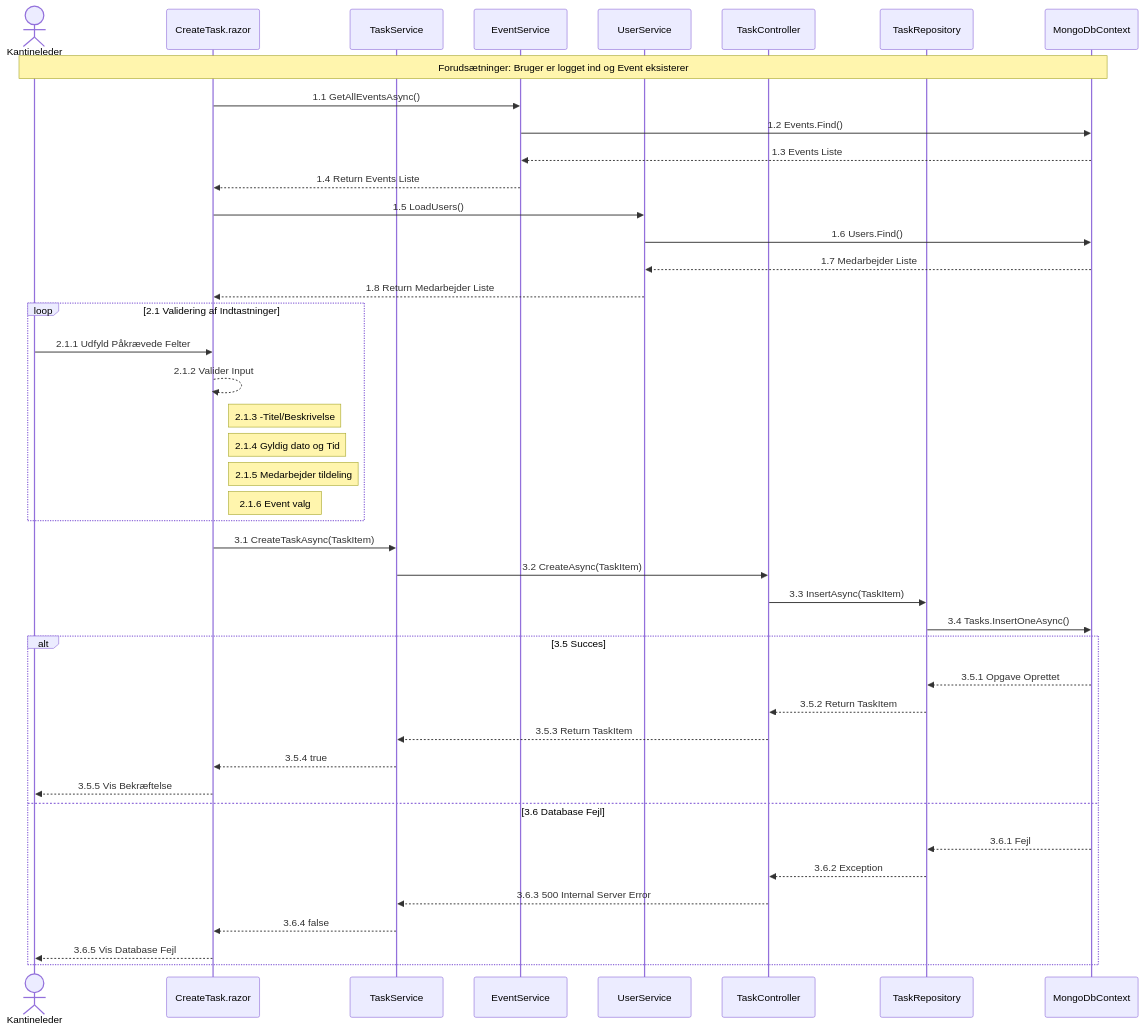
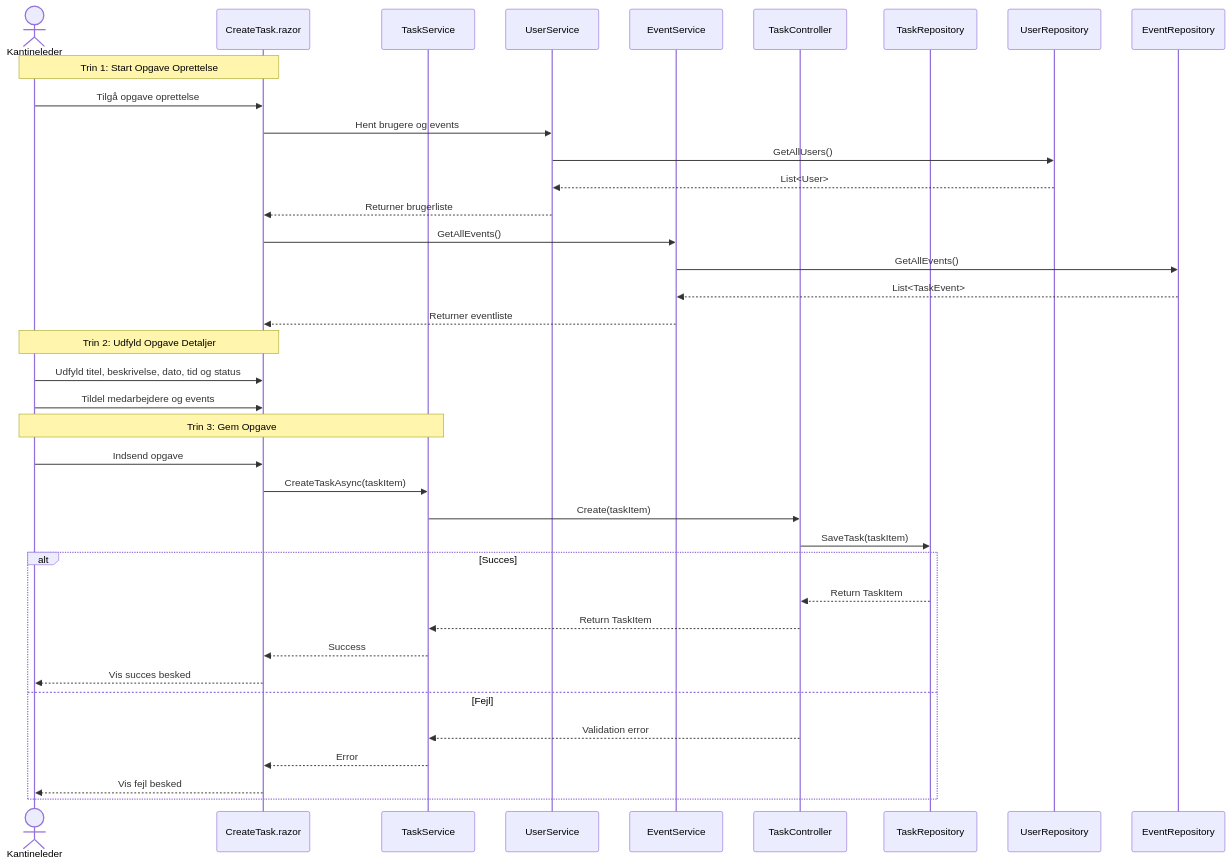
Before and after one commit to masterspliff/MadMatrix: the diagram in docs/diagrams/task-creation-sequence.mmd, drawn with Mermaid. The commit also changed 13 other files, not shown here.

```diff
--- a/docs/diagrams/task-creation-sequence.mmd
+++ b/docs/diagrams/task-creation-sequence.mmd
@@ -1,54 +1,45 @@
+sequenceDiagram
+    actor Kantineleder
+    participant UI as CreateTask.razor
+    participant TaskService
+    participant UserService
+    participant EventService
+    participant TaskController
+    participant TaskRepository
+    participant UserRepository
+    participant EventRepository
 
-sequenceDiagram
-    actor KL as Kantineleder
-    participant CT as CreateTask.razor
-    participant TS as TaskService
-    participant ES as EventService
-    participant US as UserService
-    participant TC as TaskController
-    participant TR as TaskRepository
-    participant DB as MongoDbContext
+    %% Trin 1: Start Opgave Oprettelse
+    Note over Kantineleder, UI: Trin 1: Start Opgave Oprettelse
+    Kantineleder->>UI: Tilgå opgave oprettelse
+    UI->>UserService: Hent brugere og events
+    UserService->>UserRepository: GetAllUsers()
+    UserRepository-->>UserService: List<User>
+    UserService-->>UI: Returner brugerliste
+    UI->>EventService: GetAllEvents()
+    EventService->>EventRepository: GetAllEvents()
+    EventRepository-->>EventService: List<TaskEvent>
+    EventService-->>UI: Returner eventliste
 
-    %% Forudsætninger
-    Note over KL, DB: Forudsætninger: Bruger er logget ind og Event eksisterer
+    %% Trin 2: Udfyld Opgave Information
+    Note over Kantineleder, UI: Trin 2: Udfyld Opgave Detaljer
+    Kantineleder->>UI: Udfyld titel, beskrivelse, dato, tid og status
+    Kantineleder->>UI: Tildel medarbejdere og events
 
-    %% 1. Indlæs Data
-    CT->>ES: 1.1 GetAllEventsAsync()
-    ES->>DB: 1.2 Events.Find()
-    DB-->>ES: 1.3 Events Liste
-    ES-->>CT: 1.4 Return Events Liste
+    %% Trin 3: Gem Opgave
+    Note over Kantineleder, TaskService: Trin 3: Gem Opgave
+    Kantineleder->>UI: Indsend opgave
+    UI->>TaskService: CreateTaskAsync(taskItem)
+    TaskService->>TaskController: Create(taskItem)
+    TaskController->>TaskRepository: SaveTask(taskItem)
 
-    CT->>US: 1.5 LoadUsers()
-    US->>DB: 1.6 Users.Find()
-    DB-->>US: 1.7 Medarbejder Liste
-    US-->>CT: 1.8 Return Medarbejder Liste
-
-    %% 2. Hovedflow - Opgave Oprettelse med Validering
-    loop 2.1 Validering af Indtastninger
-        KL->>CT: 2.1.1 Udfyld Påkrævede Felter
-        CT-->>CT: 2.1.2 Valider Input
-        Note right of CT: 2.1.3 -Titel/Beskrivelse
-        Note right of CT: 2.1.4 Gyldig dato og Tid
-        Note right of CT: 2.1.5 Medarbejder tildeling 
-        Note right of CT: 2.1.6 Event valg
+    alt Succes
+        TaskRepository-->>TaskController: Return TaskItem
+        TaskController-->>TaskService: Return TaskItem
+        TaskService-->>UI: Success
+        UI-->>Kantineleder: Vis succes besked
+    else Fejl
+        TaskController-->>TaskService: Validation error
+        TaskService-->>UI: Error
+        UI-->>Kantineleder: Vis fejl besked
     end
-
-    %% 3. Opret Opgave
-    CT->>TS: 3.1 CreateTaskAsync(TaskItem)
-    TS->>TC: 3.2 CreateAsync(TaskItem)
-    TC->>TR: 3.3 InsertAsync(TaskItem)
-    TR->>DB: 3.4 Tasks.InsertOneAsync()
-
-    alt 3.5 Succes
-        DB-->>TR: 3.5.1 Opgave Oprettet
-        TR-->>TC: 3.5.2 Return TaskItem
-        TC-->>TS: 3.5.3 Return TaskItem
-        TS-->>CT: 3.5.4 true
-        CT-->>KL: 3.5.5 Vis Bekræftelse
-    else 3.6 Database Fejl
-        DB-->>TR: 3.6.1 Fejl
-        TR-->>TC: 3.6.2 Exception
-        TC-->>TS: 3.6.3 500 Internal Server Error
-        TS-->>CT: 3.6.4 false
-        CT-->>KL: 3.6.5 Vis Database Fejl
-end
```
